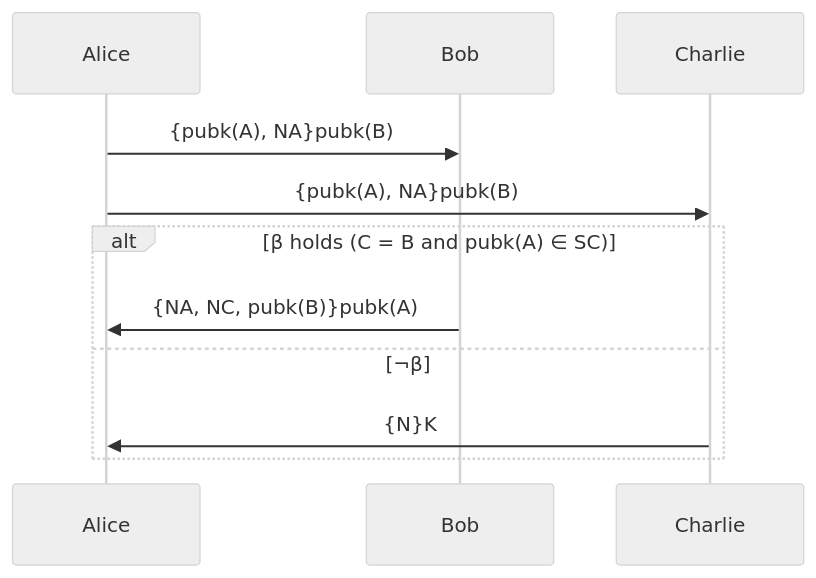
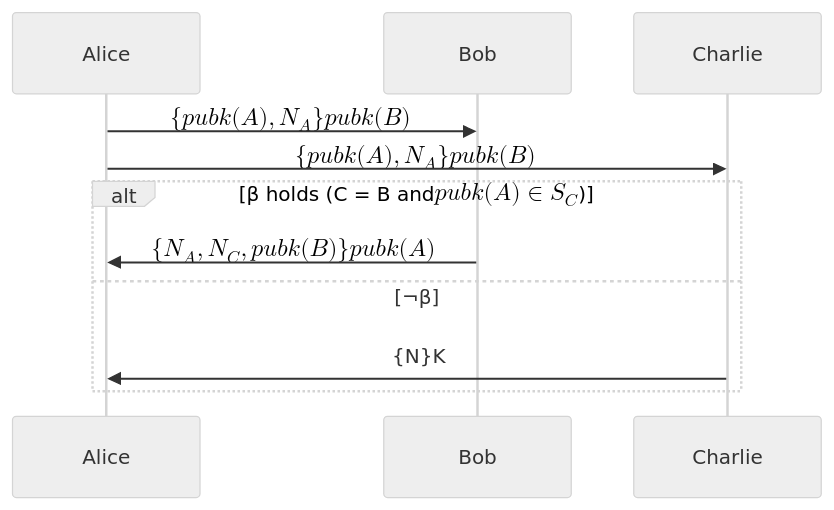
One commit to ChihChengLiang/notes changed the diagram in src/main.md. Above: the diagram before and after it, drawn with Mermaid (neutral theme). The commit also changed 1 other file, not shown here.

Commit message:
add katex support

````diff
--- a/src/main.md
+++ b/src/main.md
@@ -6,15 +6,15 @@
 ```mermaid
 sequenceDiagram
     participant A as Alice
     participant B as Bob
     participant C as Charlie
 
-    A->>B: {pubk(A), NA}pubk(B)
-    A->>C: {pubk(A), NA}pubk(B)
+    A->>B: $$\{ pubk(A), N_A \}pubk(B)$$
+    A->>C: $$\{ pubk(A), N_A \}pubk(B)$$
 
-    alt β holds (C = B and pubk(A) ∈ SC)
-        B->>A: {NA, NC, pubk(B)}pubk(A)
+    alt β holds (C = B and $$pubk(A) ∈ S_C$$)
+        B->>A: $$\{ N_A, N_C, pubk(B) \}pubk(A)$$
     else ¬β
         C->>A: {N}K
     end
 ```
````
